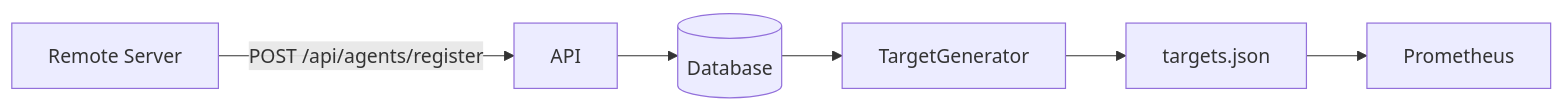
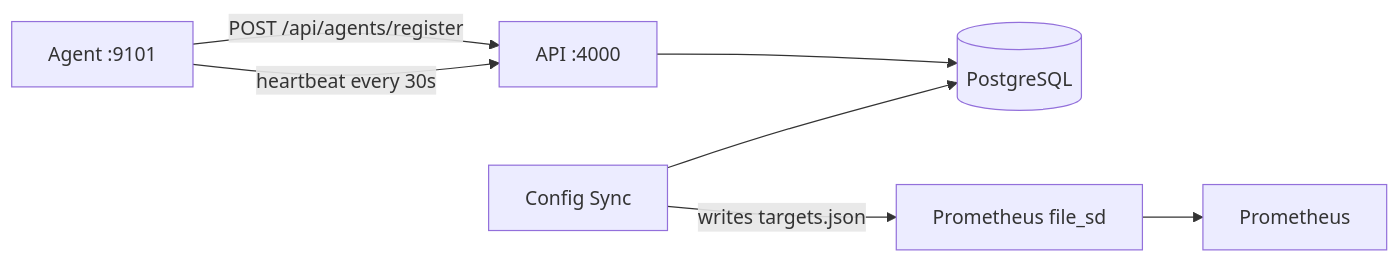
One commit to digin1/NodePrism changed the second of 5 diagrams in docs-site/docs/architecture/overview.md. Above: the diagram before and after it, drawn with Mermaid. The commit also changed other lines of this file and 6 other files, not shown here.

````diff
--- a/docs-site/docs/architecture/overview.md
+++ b/docs-site/docs/architecture/overview.md
@@ -83,8 +94,9 @@
 ```mermaid
 flowchart LR
-    RS[Remote Server] --> |POST /api/agents/register| API[API]
-    API --> DB[(Database)]
-    DB --> TG[TargetGenerator]
-    TG --> TJ[targets.json]
-    TJ --> P[Prometheus]
+    Agent["Agent :9101"] --> |"POST /api/agents/register"| API["API :4000"]
+    API --> DB[(PostgreSQL)]
+    CS["Config Sync"] --> DB
+    CS --> |"writes targets.json"| TJ["Prometheus file_sd"]
+    TJ --> P["Prometheus"]
+    Agent --> |"heartbeat every 30s"| API
 ```
````
